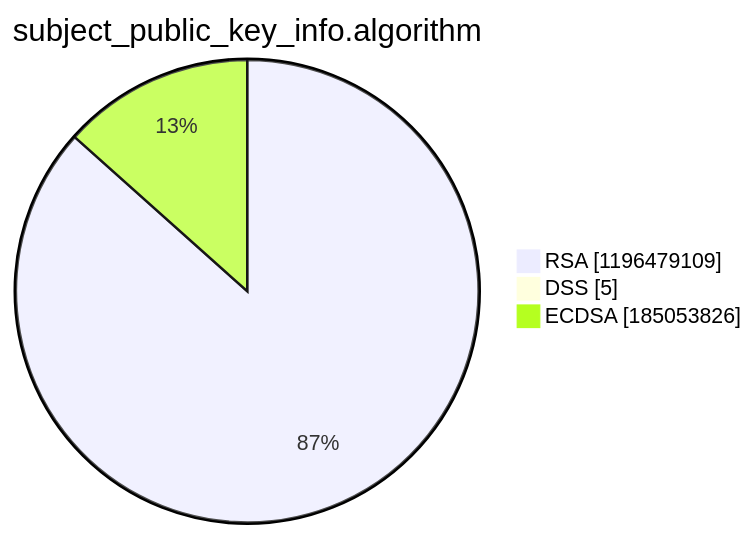
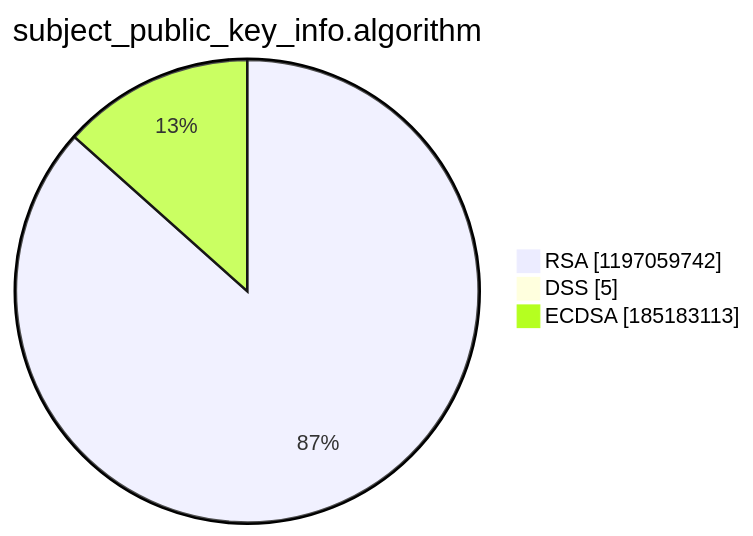
One commit to christiankrug/ctmonitor_visualization changed the third of 15 diagrams in argon2022/README.md. Above: the diagram before and after it, drawn with Mermaid. The commit also changed other lines of this file, not shown here.

````diff
--- a/argon2022/README.md
+++ b/argon2022/README.md
@@ -14,7 +14,7 @@
 ```mermaid
 pie showData
 title subject_public_key_info.algorithm
-"RSA" :1196479109
+"RSA" :1197059742
 "DSS" :5
-"ECDSA" :185053826
+"ECDSA" :185183113
 ```
````
